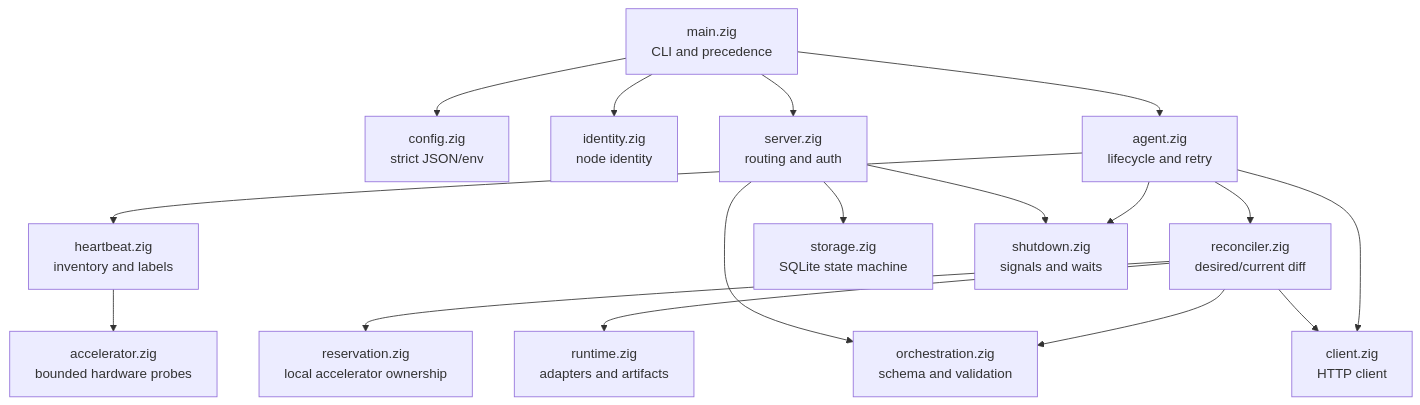
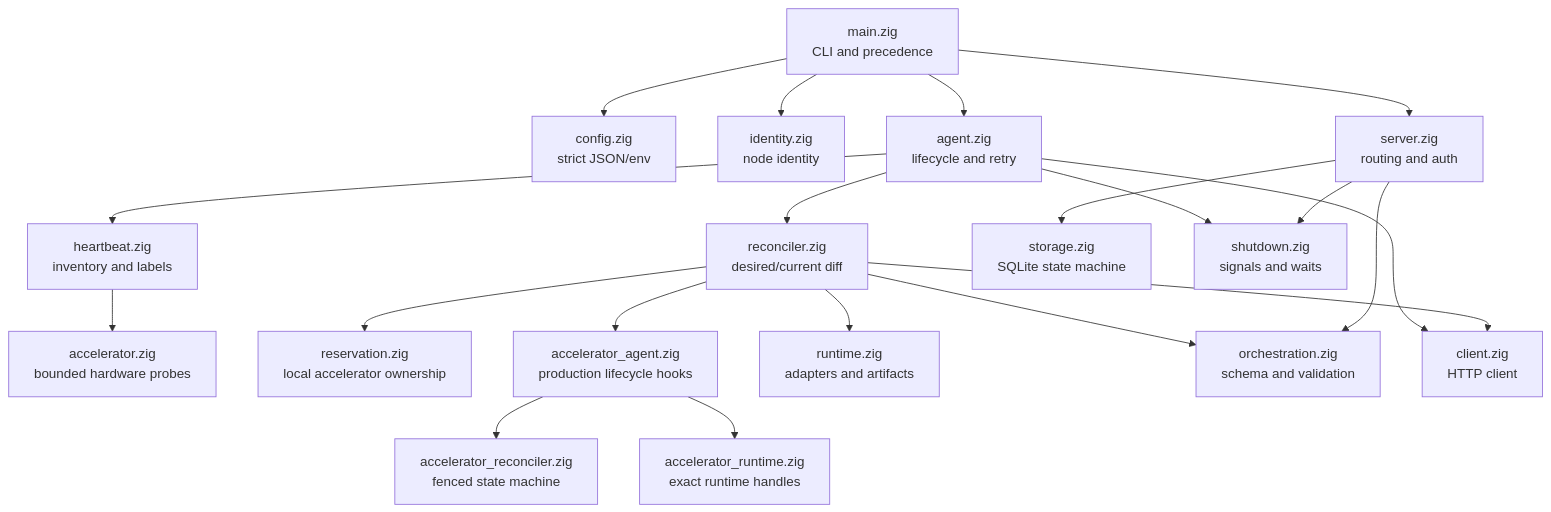
One commit to ziwon/nimbus changed the second of 3 diagrams in docs/architecture.md. Above: the diagram before and after it, drawn with Mermaid. The commit also changed other lines of this file and 4 other files, not shown here.

````diff
--- a/docs/architecture.md
+++ b/docs/architecture.md
@@ -98,34 +99,40 @@
 ```mermaid
 flowchart TB
     Main[main.zig<br/>CLI and precedence]
     Config[config.zig<br/>strict JSON/env]
     Identity[identity.zig<br/>node identity]
     Heartbeat[heartbeat.zig<br/>inventory and labels]
     Accelerator[accelerator.zig<br/>bounded hardware probes]
     Agent[agent.zig<br/>lifecycle and retry]
     Reconcile[reconciler.zig<br/>desired/current diff]
     Reservation[reservation.zig<br/>local accelerator ownership]
+    AcceleratorAgent[accelerator_agent.zig<br/>production lifecycle hooks]
+    AcceleratorReconcile[accelerator_reconciler.zig<br/>fenced state machine]
+    AcceleratorRuntime[accelerator_runtime.zig<br/>exact runtime handles]
     Runtime[runtime.zig<br/>adapters and artifacts]
     Protocol[orchestration.zig<br/>schema and validation]
     Client[client.zig<br/>HTTP client]
     Server[server.zig<br/>routing and auth]
     Storage[storage.zig<br/>SQLite state machine]
     Shutdown[shutdown.zig<br/>signals and waits]
 
     Main --> Config
     Main --> Identity
     Main --> Agent
     Main --> Server
     Agent --> Heartbeat
     Heartbeat --> Accelerator
     Agent --> Reconcile
     Agent --> Client
     Agent --> Shutdown
     Reconcile --> Protocol
     Reconcile --> Reservation
     Reconcile --> Runtime
+    Reconcile --> AcceleratorAgent
+    AcceleratorAgent --> AcceleratorReconcile
+    AcceleratorAgent --> AcceleratorRuntime
     Reconcile --> Client
     Server --> Protocol
     Server --> Storage
     Server --> Shutdown
 ```
````
